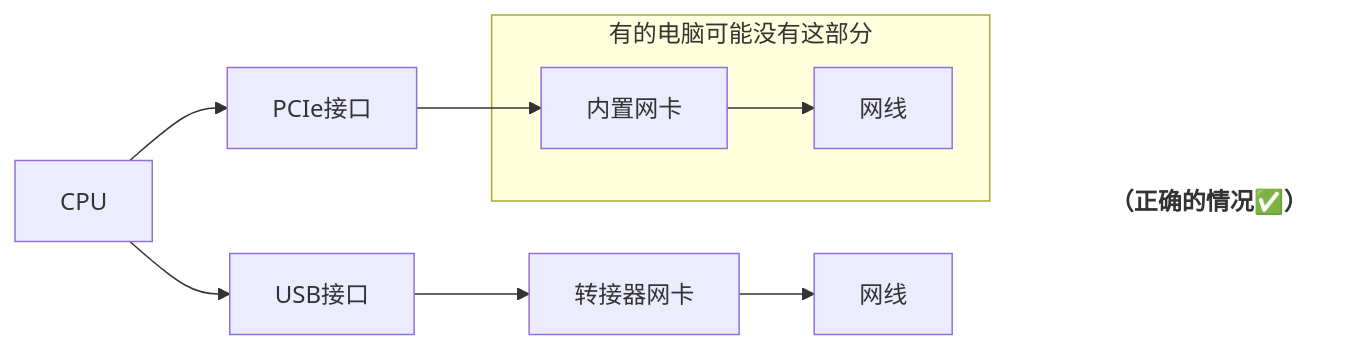
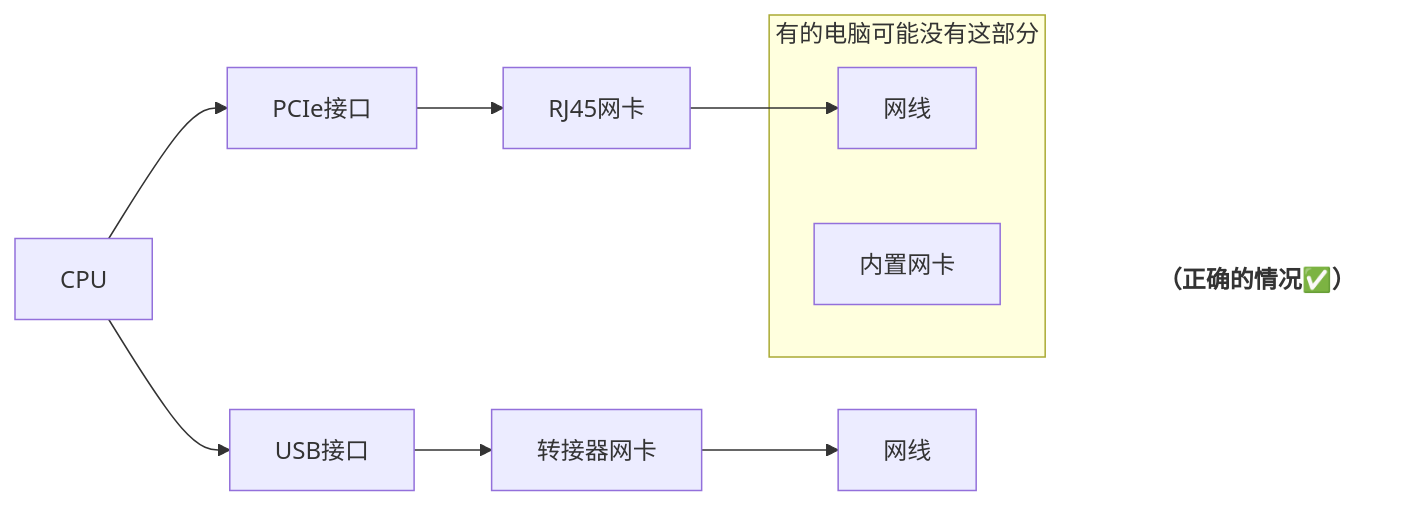
The second of 2 diagrams in docs/wiki/05-基础知识/09-科普/转接器.md (ZSCNetSupportDept/website), drawn with Mermaid before and after one commit. The commit also changed other lines of this file and 3 other files, not shown here.

````diff
--- a/docs/wiki/05-基础知识/09-科普/转接器.md
+++ b/docs/wiki/05-基础知识/09-科普/转接器.md
@@ -25,19 +25,19 @@
 ```mermaid
 
 graph LR
-CPU-->PCIe接口-->内置网卡-->a[网线]
+CPU-->PCIe接口-->RJ45网卡-->a[网线]
 subgraph 有的电脑可能没有这部分
 内置网卡
 a[网线]
 end
 
 CPU-->USB接口-->转接器网卡-->b[网线]
 
 title[<b>（正确的情况✅）</b>]
 a-->title
 
 b-->title
 style title fill:#FFF,stroke:#FFF
 linkStyle 6,7 stroke:#FFF,stroke-width:0;
 
 ```
````
